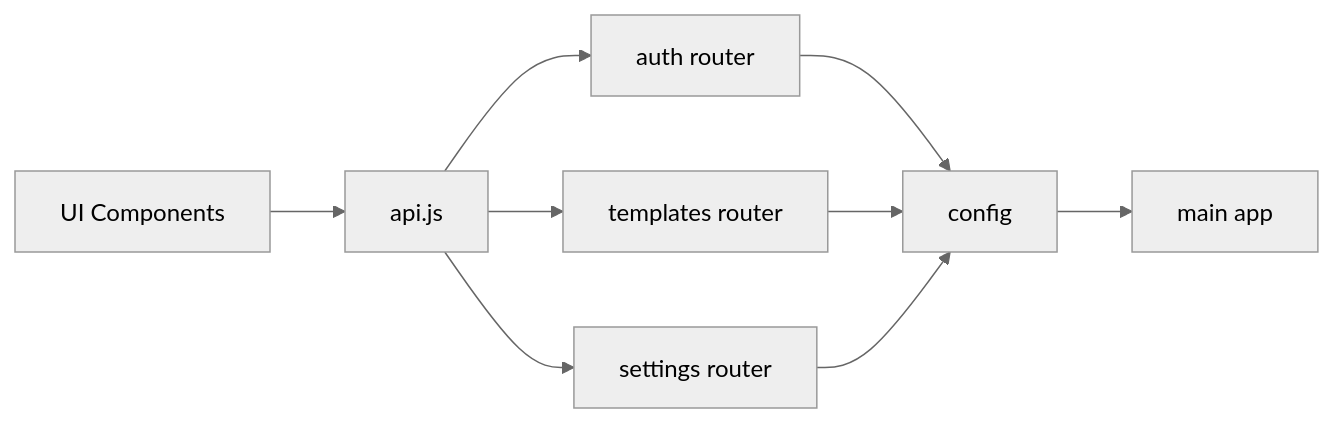
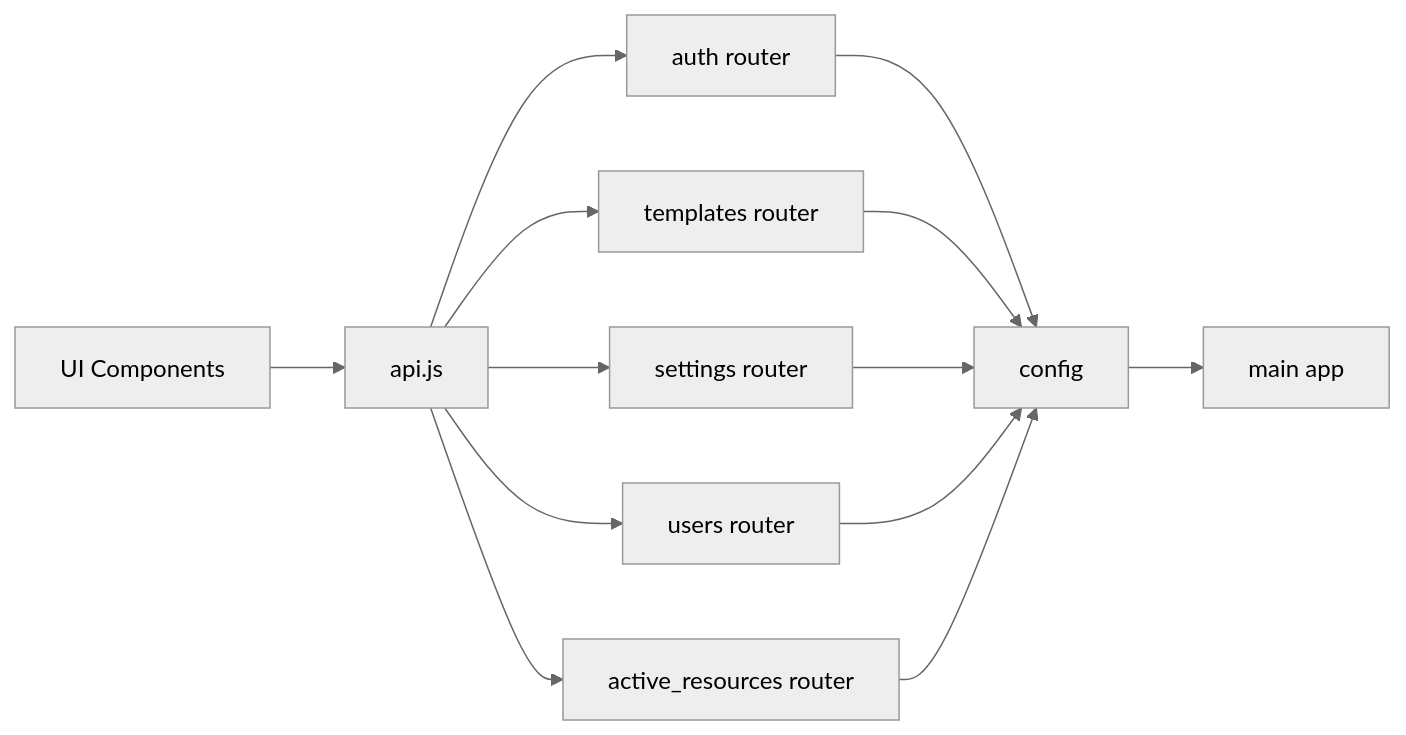
One commit to 14Lucifer/hackathon_ecs_creator changed the third of 3 diagrams in .qoder/repowiki/en/content/Frontend Development/API Service Layer.md. Above: the diagram before and after it, drawn with Mermaid (neutral theme). The commit also changed other lines of this file and 96 other files, not shown here.

````diff
--- a/.qoder/repowiki/en/content/Frontend Development/API Service Layer.md
+++ b/.qoder/repowiki/en/content/Frontend Development/API Service Layer.md
@@ -318,11 +458,15 @@
 ```mermaid
 graph LR
 UI["UI Components"] --> API["api.js"]
 API --> AUTH["auth router"]
 API --> TPL["templates router"]
 API --> SET["settings router"]
+API --> USERS["users router"]
+API --> RESOURCES["active_resources router"]
 AUTH --> CFG["config"]
 TPL --> CFG
 SET --> CFG
+USERS --> CFG
+RESOURCES --> CFG
 CFG --> MAIN["main app"]
 ```
````
